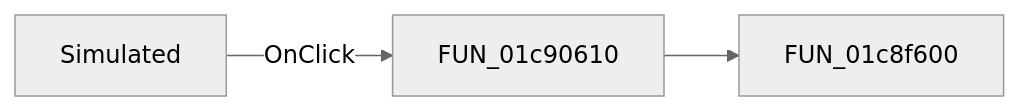
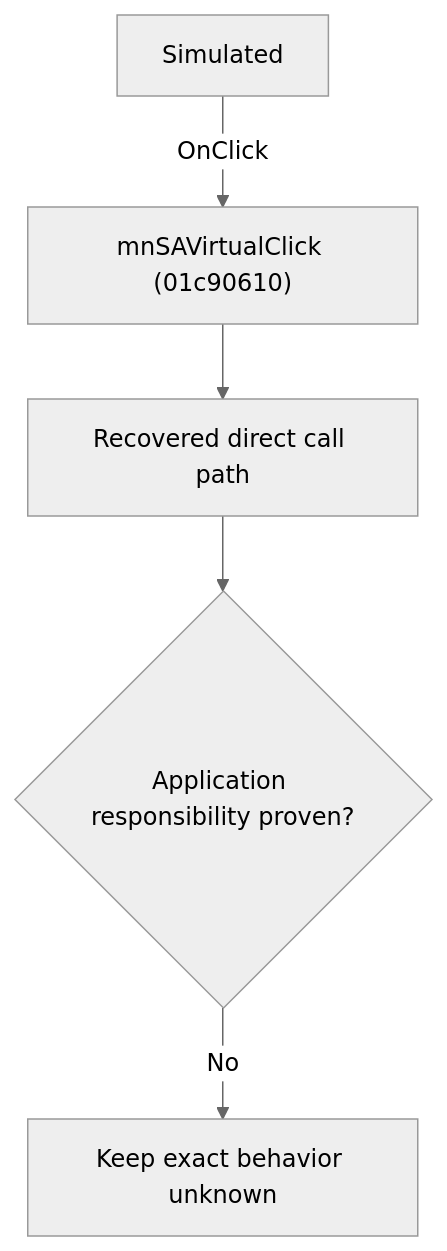
Before and after one commit to MovGP0/TIARA: the diagram in docs/ui-controls/schematiceditor/mnsavirtual-fce9c49401.md, drawn with Mermaid (neutral theme). The commit also changed other lines of this file and 1062 other files, not shown here.

````diff
--- a/docs/ui-controls/schematiceditor/mnsavirtual-fce9c49401.md
+++ b/docs/ui-controls/schematiceditor/mnsavirtual-fce9c49401.md
@@ -27,5 +27,7 @@
 ```mermaid
-flowchart LR
-    control["Simulated"] -->|OnClick| handler["FUN_01c90610"]
-    handler --> call1["FUN_01c8f600"]
+flowchart TD
+    control["Simulated"] -->|"OnClick"| handler["mnSAVirtualClick (01c90610)"]
+    handler --> recovered["Recovered direct call path"]
+    recovered --> gap{"Application responsibility proven?"}
+    gap -->|"No"| blocked["Keep exact behavior unknown"]
 ```
````
